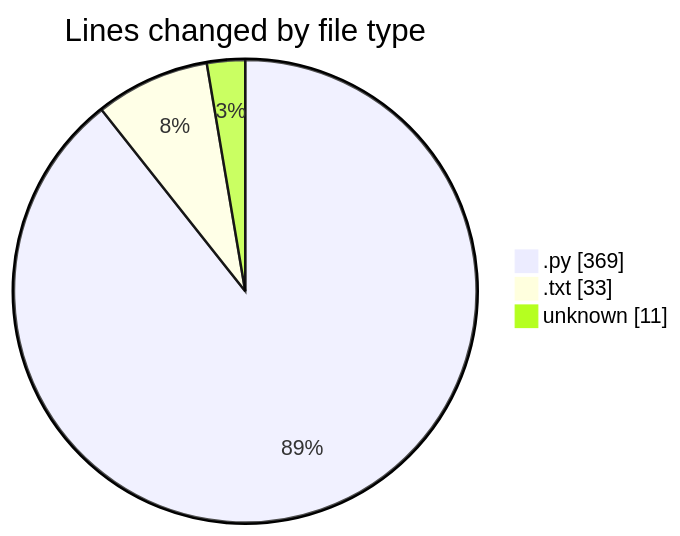
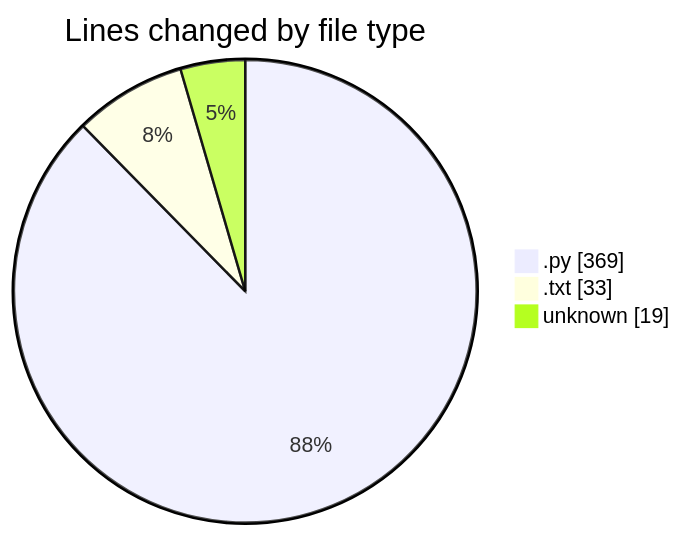
One commit to MatusMokan/code-tracking changed the first of 2 diagrams in 2026-01-08/testuploaddovera/README.md. Above: the diagram before and after it, drawn with Mermaid. The commit also changed other lines of this file and 1 other file, not shown here.

````diff
--- a/2026-01-08/testuploaddovera/README.md
+++ b/2026-01-08/testuploaddovera/README.md
@@ -25,7 +25,7 @@
 ```mermaid
 pie showData
 title Lines changed by file type
 ".py" : 369
 ".txt" : 33
-"unknown" : 11
+"unknown" : 19
 ```
````
